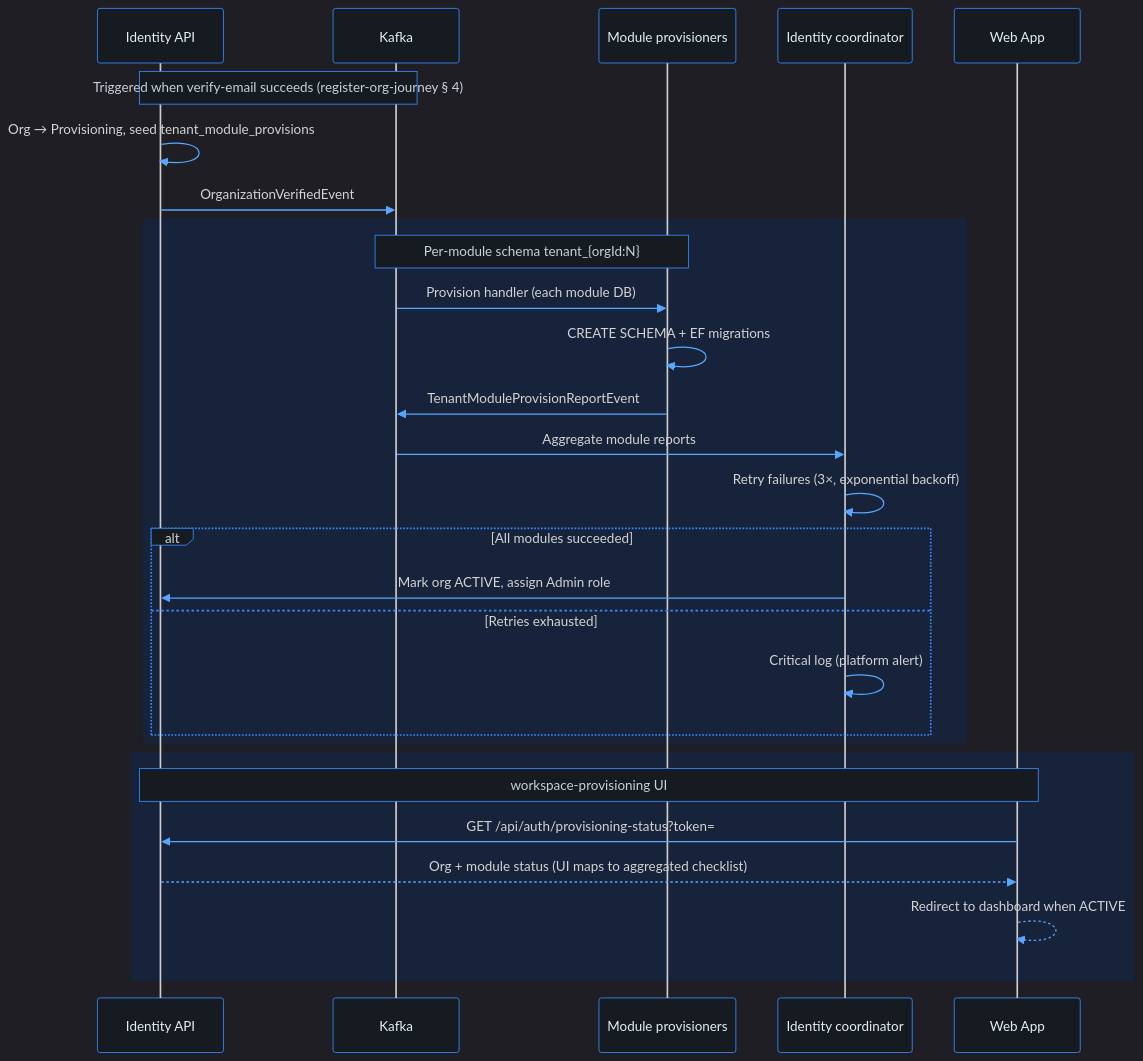
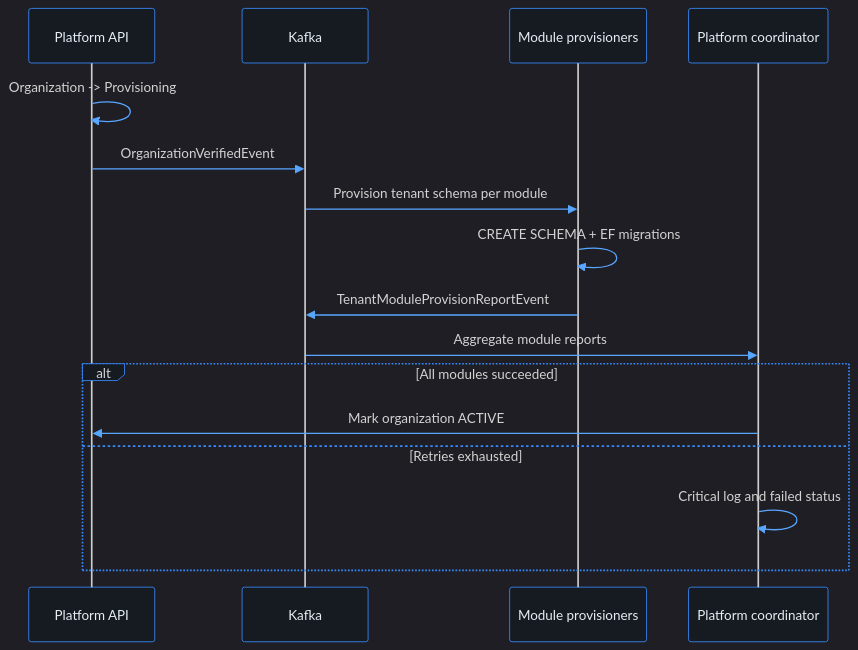
One commit to phuongnse/axis changed the third of 3 diagrams in docs/use-cases/platform-foundation/register-org/README.md. Above: the diagram before and after it, drawn with Mermaid. The commit also changed other lines of this file and 16 other files, not shown here.

````diff
--- a/docs/use-cases/platform-foundation/register-org/README.md
+++ b/docs/use-cases/platform-foundation/register-org/README.md
@@ -293,35 +178,20 @@
 ```mermaid
 %%{init: {'theme':'dark','themeVariables':{'background':'#0d1117','mainBkg':'#0d1117','primaryColor':'#161b22','primaryBorderColor':'#388bfd','primaryTextColor':'#e6edf3','secondaryColor':'#21262d','secondaryBorderColor':'#388bfd','secondaryTextColor':'#e6edf3','tertiaryColor':'#161b22','tertiaryTextColor':'#e6edf3','lineColor':'#58a6ff','textColor':'#e6edf3','nodeBorder':'#388bfd','clusterBkg':'#161b22','clusterBorder':'#388bfd','titleColor':'#e6edf3','edgeLabelBackground':'#161b22','actorBkg':'#161b22','actorBorder':'#388bfd','actorTextColor':'#e6edf3','signalColor':'#58a6ff','labelBoxBkgColor':'#161b22','labelBoxBorderColor':'#388bfd','noteBkgColor':'#161b22','noteBorderColor':'#388bfd','noteTextColor':'#c9d1d9','activationBkgColor':'#30363d'}}}%%
-
 sequenceDiagram
-  participant API as Identity API
+  participant API as Platform API
   participant Kafka
   participant Mod as Module provisioners
-  participant Coord as Identity coordinator
-  participant Web as Web App
+  participant Coord as Platform coordinator
 
-  Note over API,Kafka: Triggered when verify-email succeeds (register-org-journey § 4)
-  API->>API: Org → Provisioning, seed tenant_module_provisions
+  API->>API: Organization -> Provisioning
   API->>Kafka: OrganizationVerifiedEvent
-
-  rect rgb(22, 35, 58)
-    Note over Kafka,Mod: Per-module schema tenant_{orgId:N}
-    Kafka->>Mod: Provision handler (each module DB)
-    Mod->>Mod: CREATE SCHEMA + EF migrations
-    Mod->>Kafka: TenantModuleProvisionReportEvent
-    Kafka->>Coord: Aggregate module reports
-    Coord->>Coord: Retry failures (3×, exponential backoff)
-    alt All modules succeeded
-      Coord->>API: Mark org ACTIVE, assign Admin role
-    else Retries exhausted
-      Coord->>Coord: Critical log (platform alert)
-    end
-  end
-
-  rect rgb(22, 35, 58)
-    Note over Web,API: workspace-provisioning UI
-    Web->>API: GET /api/auth/provisioning-status?token=
-    API-->>Web: Org + module status (UI maps to aggregated checklist)
-    Web-->>Web: Redirect to dashboard when ACTIVE
+  Kafka->>Mod: Provision tenant schema per module
+  Mod->>Mod: CREATE SCHEMA + EF migrations
+  Mod->>Kafka: TenantModuleProvisionReportEvent
+  Kafka->>Coord: Aggregate module reports
+  alt All modules succeeded
+    Coord->>API: Mark organization ACTIVE
+  else Retries exhausted
+    Coord->>Coord: Critical log and failed status
   end
 ```
````
